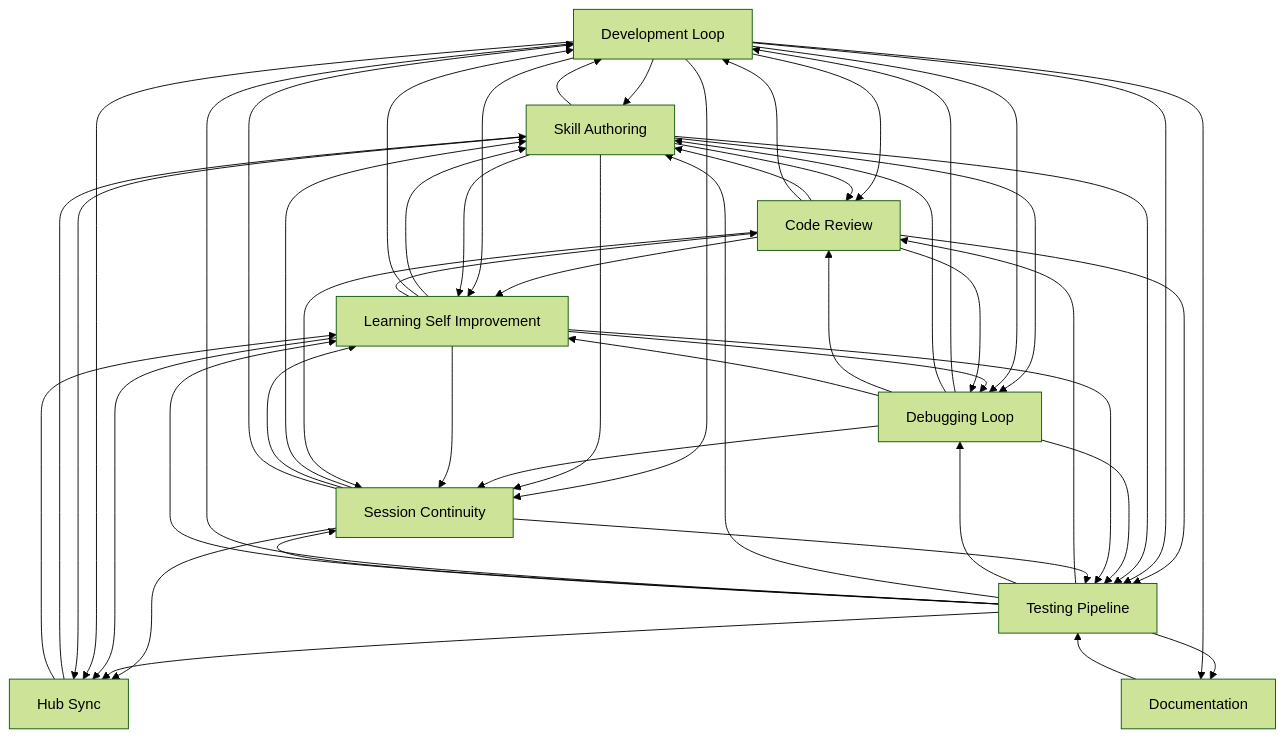
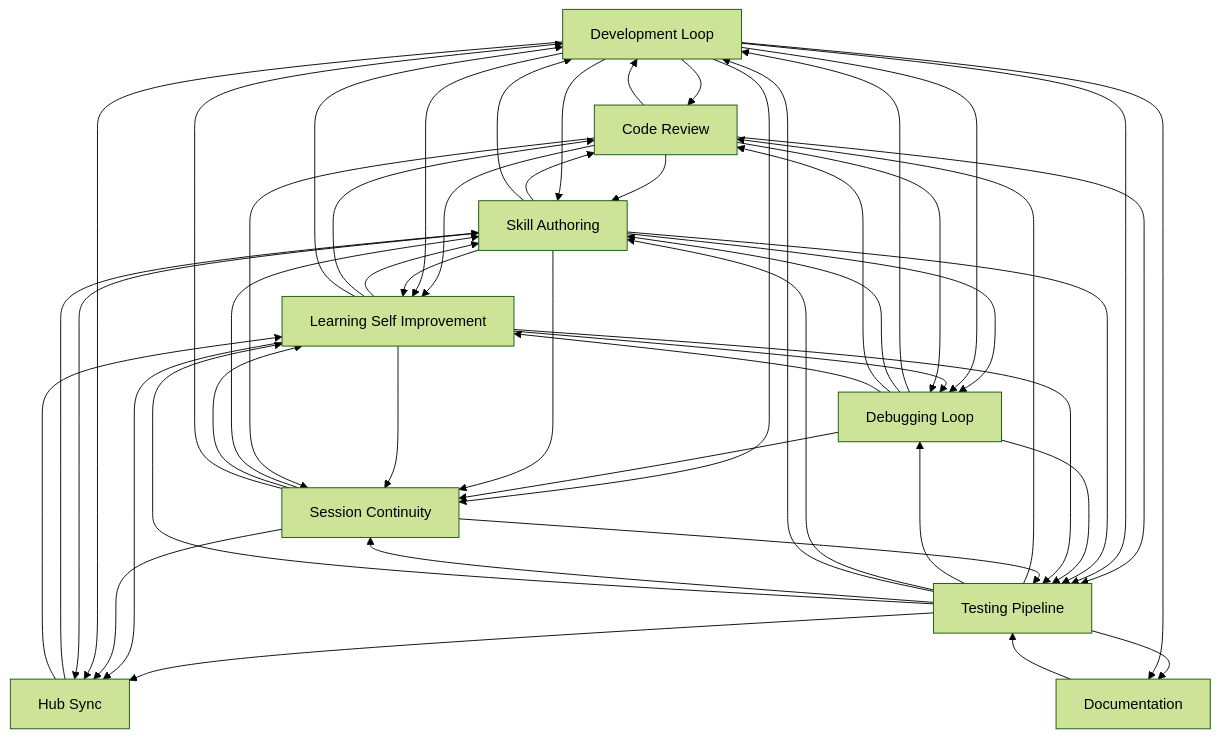
The diagram in docs/workflows/INDEX.md (abhayla/claude-best-practices), drawn with Mermaid (forest theme) before and after one commit. The commit also changed other lines of this file and 11 other files, not shown here.

````diff
--- a/docs/workflows/INDEX.md
+++ b/docs/workflows/INDEX.md
@@ -21,62 +21,62 @@
 ```mermaid
 graph TD
     development_loop[Development Loop]
     testing_pipeline[Testing Pipeline]
     debugging_loop[Debugging Loop]
     learning_self_improvement[Learning Self Improvement]
     session_continuity[Session Continuity]
     skill_authoring[Skill Authoring]
     code_review[Code Review]
     documentation[Documentation]
     hub_sync[Hub Sync]
     documentation --> testing_pipeline
     code_review --> skill_authoring
     code_review --> development_loop
+    development_loop --> code_review
     development_loop --> skill_authoring
-    development_loop --> code_review
     code_review --> learning_self_improvement
     code_review --> testing_pipeline
     development_loop --> learning_self_improvement
     development_loop --> testing_pipeline
     testing_pipeline --> code_review
     testing_pipeline --> debugging_loop
     testing_pipeline --> skill_authoring
     testing_pipeline --> development_loop
     skill_authoring --> code_review
     skill_authoring --> development_loop
     skill_authoring --> learning_self_improvement
     skill_authoring --> testing_pipeline
     development_loop --> session_continuity
-    skill_authoring --> session_continuity
+    testing_pipeline --> session_continuity
     debugging_loop --> session_continuity
     debugging_loop --> development_loop
-    testing_pipeline --> session_continuity
-    skill_authoring --> debugging_loop
+    skill_authoring --> session_continuity
     debugging_loop --> skill_authoring
     debugging_loop --> code_review
     debugging_loop --> testing_pipeline
+    skill_authoring --> debugging_loop
     development_loop --> debugging_loop
+    testing_pipeline --> learning_self_improvement
     debugging_loop --> learning_self_improvement
-    testing_pipeline --> learning_self_improvement
+    learning_self_improvement --> debugging_loop
     learning_self_improvement --> skill_authoring
-    learning_self_improvement --> debugging_loop
+    learning_self_improvement --> code_review
     learning_self_improvement --> development_loop
-    learning_self_improvement --> code_review
     learning_self_improvement --> testing_pipeline
     code_review --> debugging_loop
     learning_self_improvement --> session_continuity
     code_review --> session_continuity
-    session_continuity --> skill_authoring
-    session_continuity --> hub_sync
-    session_continuity --> learning_self_improvement
     testing_pipeline --> hub_sync
     learning_self_improvement --> hub_sync
+    session_continuity --> skill_authoring
+    session_continuity --> learning_self_improvement
+    session_continuity --> hub_sync
     development_loop --> hub_sync
     testing_pipeline --> documentation
     development_loop --> documentation
     session_continuity --> development_loop
     session_continuity --> testing_pipeline
     skill_authoring --> hub_sync
     hub_sync --> skill_authoring
     hub_sync --> learning_self_improvement
 ```
````
